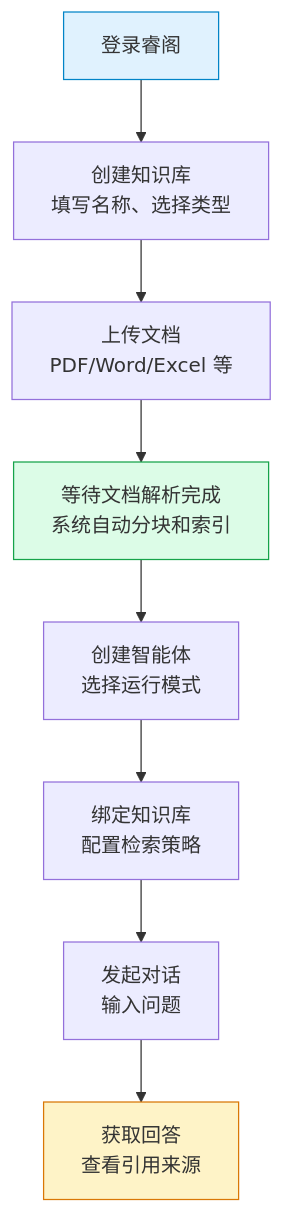
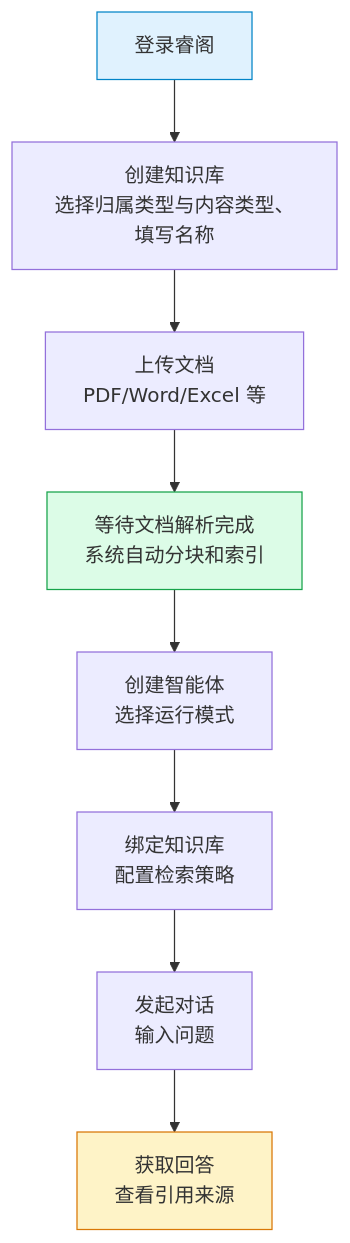
The diagram in zh/tutorials/01-first-knowledge-base.md (bianjieai/reknow-docs), drawn with Mermaid before and after one commit. The commit also changed other lines of this file and 20 other files, not shown here.

````diff
--- a/zh/tutorials/01-first-knowledge-base.md
+++ b/zh/tutorials/01-first-knowledge-base.md
@@ -17,14 +17,14 @@
 ```mermaid
 flowchart TD
-    A[登录睿阁] --> B[创建知识库<br/>填写名称、选择类型]
+    A[登录睿阁] --> B[创建知识库<br/>选择归属类型与内容类型、填写名称]
     B --> C[上传文档<br/>PDF/Word/Excel 等]
     C --> D[等待文档解析完成<br/>系统自动分块和索引]
     D --> E[创建智能体<br/>选择运行模式]
     E --> F[绑定知识库<br/>配置检索策略]
     F --> G[发起对话<br/>输入问题]
     G --> H[获取回答<br/>查看引用来源]
 
     style A fill:#e0f2fe,stroke:#0284c7
     style D fill:#dcfce7,stroke:#16a34a
     style H fill:#fef3c7,stroke:#d97706
 ```
````
